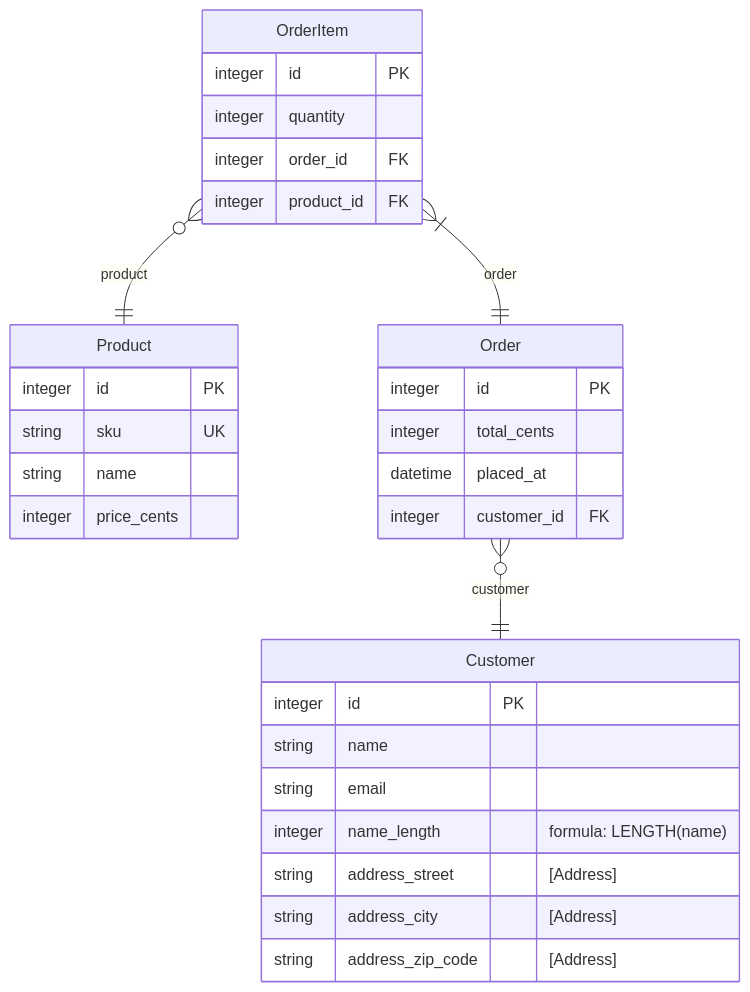
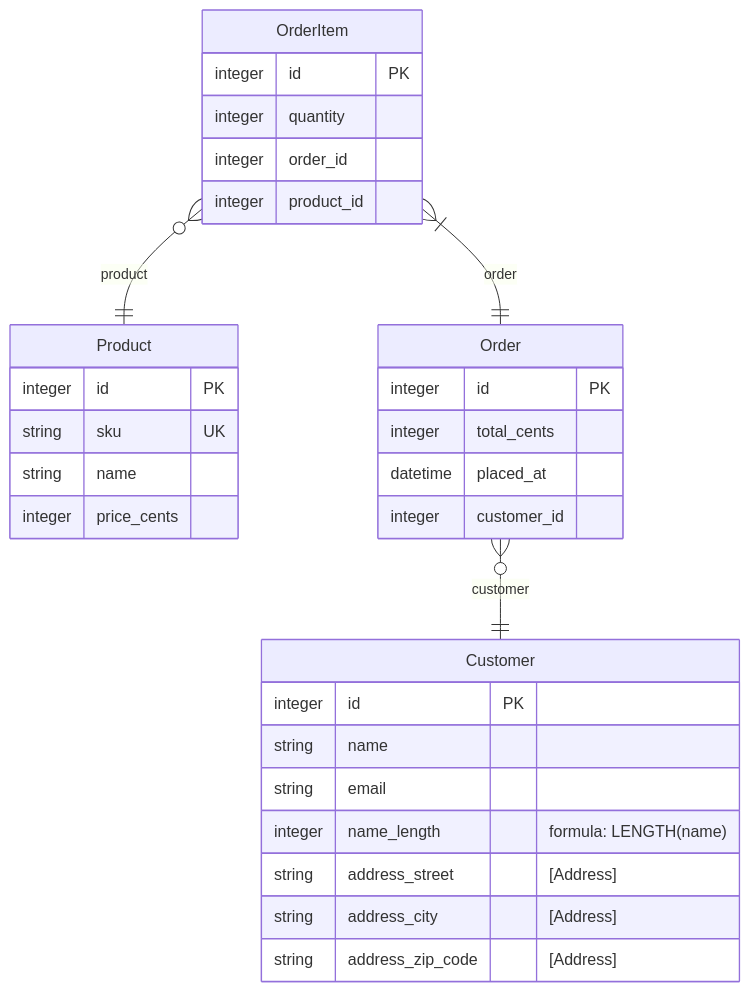
The fourth of 4 diagrams in examples/ERD.md (iamkanguk97/mikro-orm-markdown), drawn with Mermaid before and after one commit. The commit also changed other lines of this file and 14 other files, not shown here.

````diff
--- a/examples/ERD.md
+++ b/examples/ERD.md
@@ -232,33 +231,33 @@
 ```mermaid
 erDiagram
   Product {
     integer id PK
     string sku UK
     string name
     integer price_cents
   }
   OrderItem {
     integer id PK
     integer quantity
-    integer order_id FK
-    integer product_id FK
+    integer order_id
+    integer product_id
   }
   Order {
     integer id PK
     integer total_cents
     datetime placed_at
-    integer customer_id FK
+    integer customer_id
   }
   Customer {
     integer id PK
     string name
     string email
     integer name_length "formula: LENGTH(name)"
     string address_street "[Address]"
     string address_city "[Address]"
     string address_zip_code "[Address]"
   }
   OrderItem }|--|| Order : "order"
   OrderItem }o--|| Product : "product"
   Order }o--|| Customer : "customer"
 ```
````
